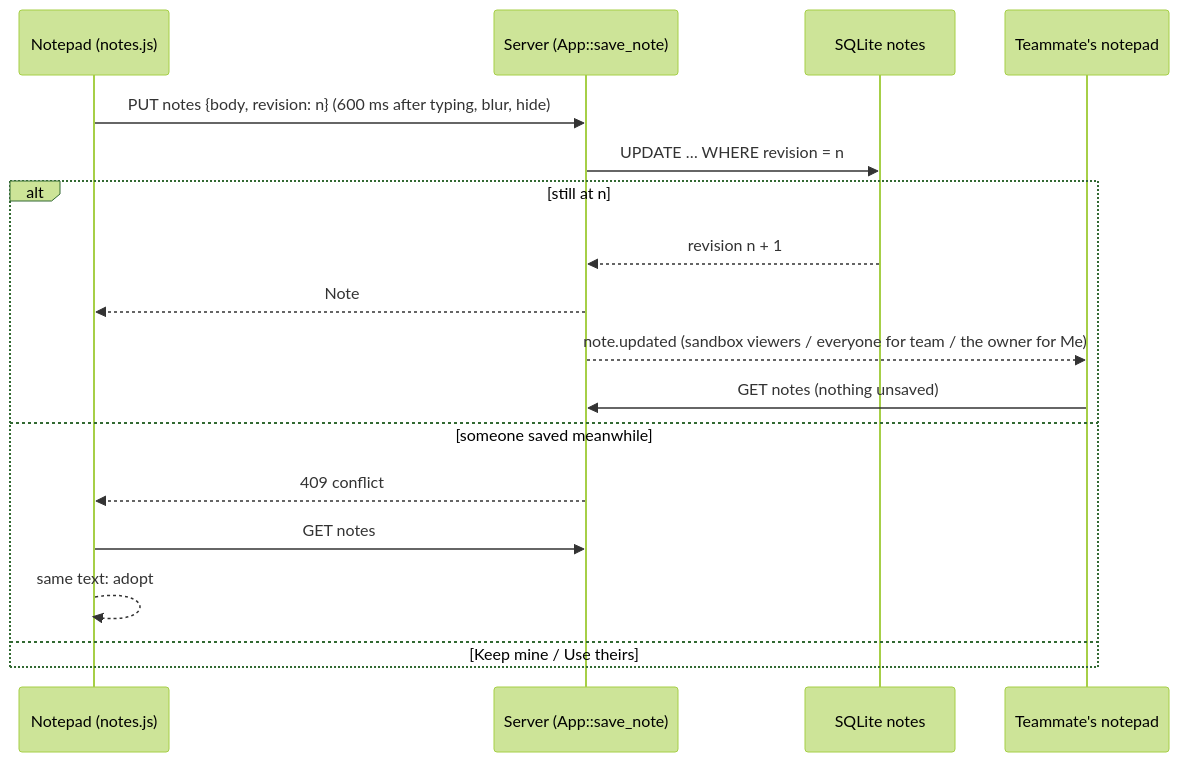
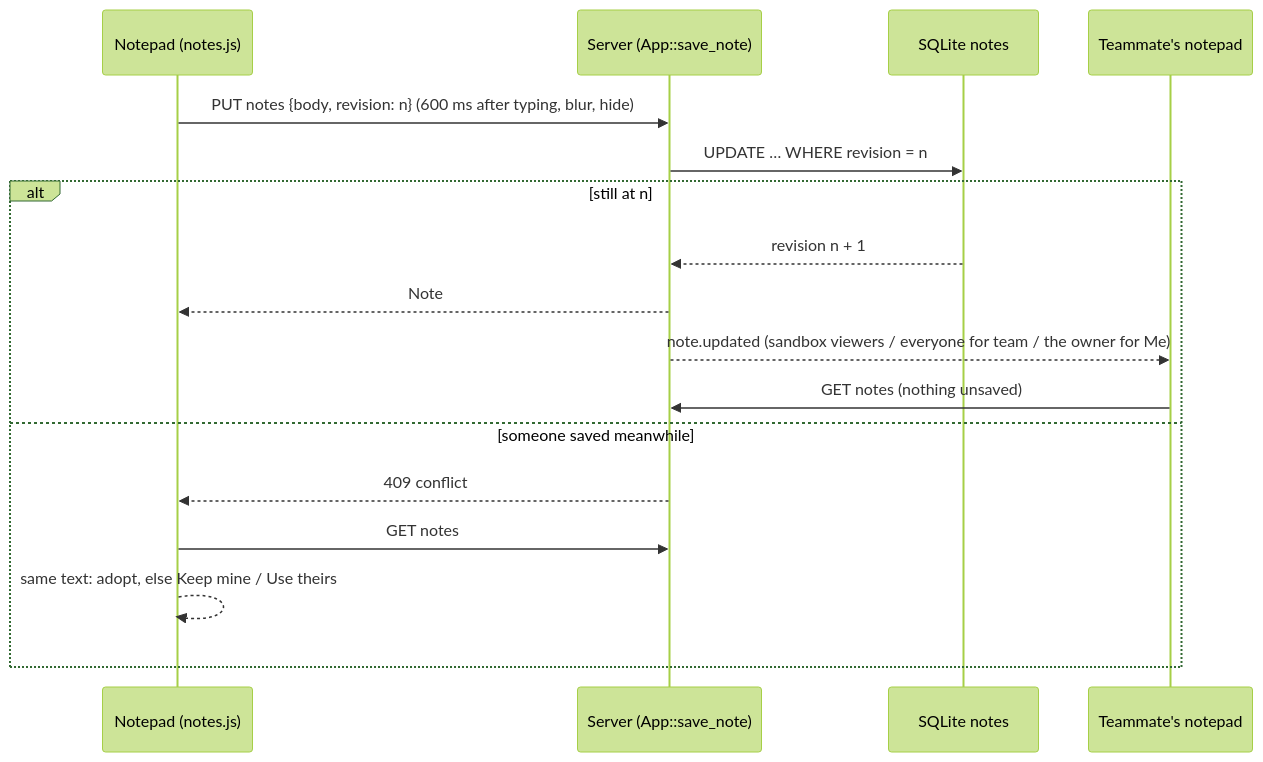
Before and after one commit to Quartio-Studio/yulius: diagram 51 of 54 in docs/architecture.md, drawn with Mermaid (forest theme). The commit also changed other lines of this file and 12 other files, not shown here.

````diff
--- a/docs/architecture.md
+++ b/docs/architecture.md
@@ -1742,19 +1746,19 @@
 ```mermaid
 sequenceDiagram
     participant A as Notepad (notes.js)
     participant S as Server (App::save_note)
     participant D as SQLite notes
     participant B as Teammate's notepad
     A->>S: PUT notes {body, revision: n} (600 ms after typing, blur, hide)
     S->>D: UPDATE … WHERE revision = n
     alt still at n
         D-->>S: revision n + 1
         S-->>A: Note
         S-->>B: note.updated (sandbox viewers / everyone for team / the owner for Me)
         B->>S: GET notes (nothing unsaved)
     else someone saved meanwhile
         S-->>A: 409 conflict
         A->>S: GET notes
-        A-->>A: same text: adopt; else Keep mine / Use theirs
+        A-->>A: same text: adopt, else Keep mine / Use theirs
     end
 ```
````
